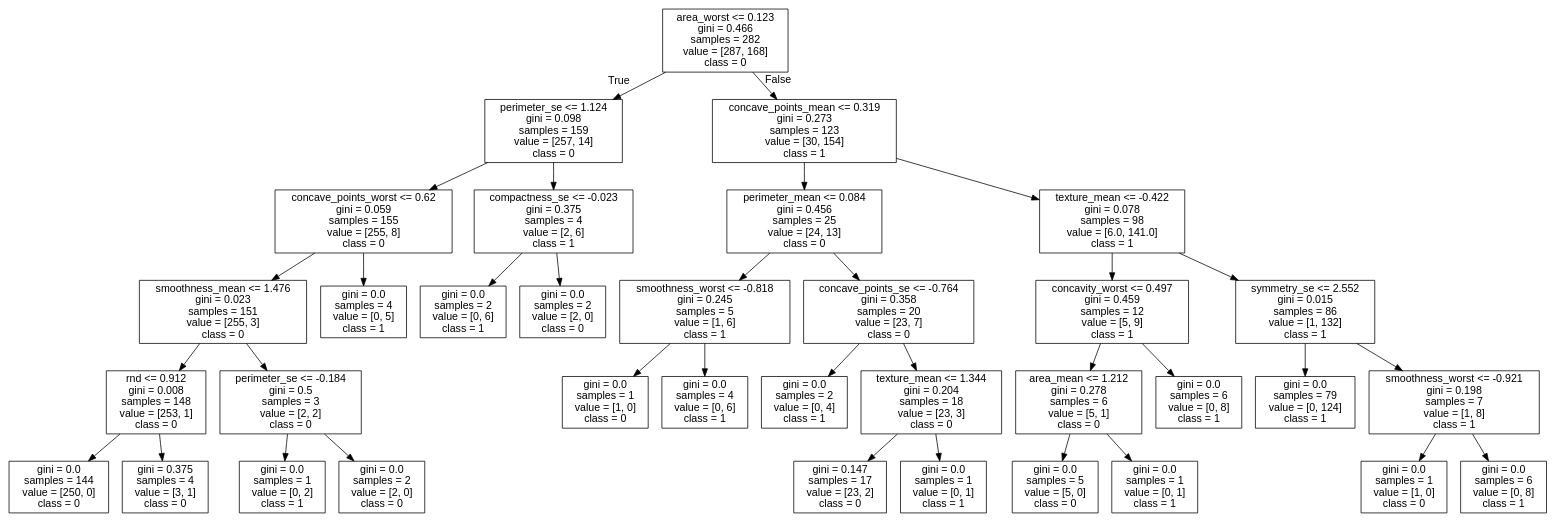
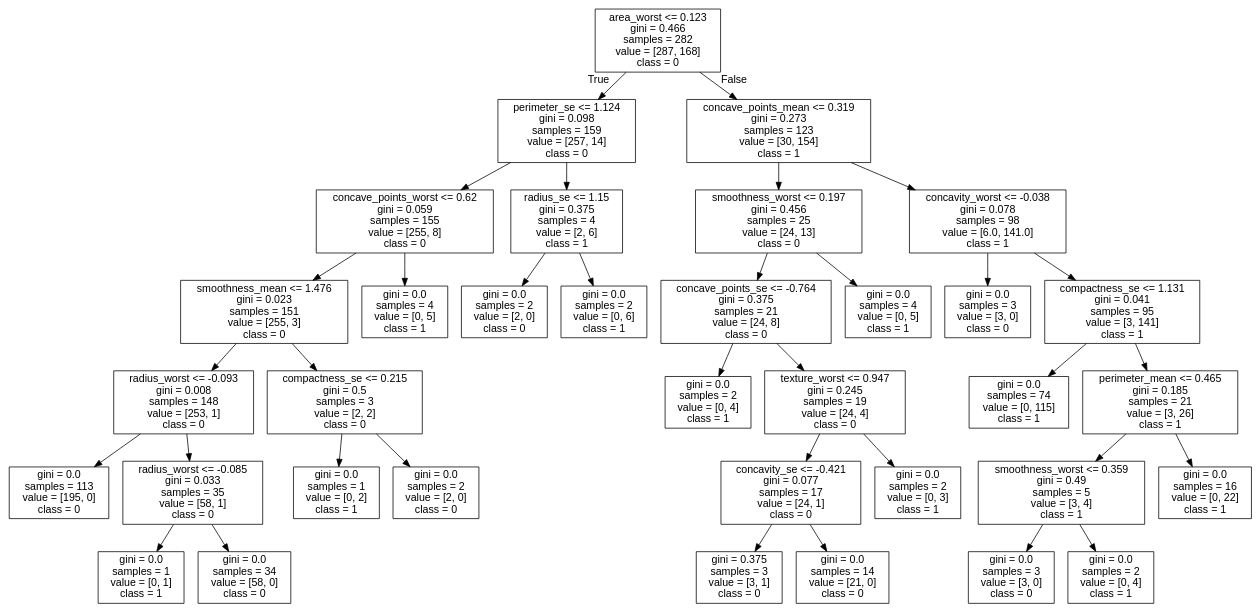
The diagram in data/breast-cancer/tree.dot (cyrilvincent/ML), drawn with Graphviz before and after one commit. The commit also changed 1 other file, not shown here.

```diff
--- a/data/breast-cancer/tree.dot
+++ b/data/breast-cancer/tree.dot
@@ -1,73 +1,73 @@
 digraph Tree {
 node [shape=box, fontname="helvetica"] ;
 edge [fontname="helvetica"] ;
 0 [label="area_worst <= 0.123\ngini = 0.466\nsamples = 282\nvalue = [287, 168]\nclass = 0"] ;
 1 [label="perimeter_se <= 1.124\ngini = 0.098\nsamples = 159\nvalue = [257, 14]\nclass = 0"] ;
 0 -> 1 [labeldistance=2.5, labelangle=45, headlabel="True"] ;
 2 [label="concave_points_worst <= 0.62\ngini = 0.059\nsamples = 155\nvalue = [255, 8]\nclass = 0"] ;
 1 -> 2 ;
 3 [label="smoothness_mean <= 1.476\ngini = 0.023\nsamples = 151\nvalue = [255, 3]\nclass = 0"] ;
 2 -> 3 ;
-4 [label="rnd <= 0.912\ngini = 0.008\nsamples = 148\nvalue = [253, 1]\nclass = 0"] ;
+4 [label="radius_worst <= -0.093\ngini = 0.008\nsamples = 148\nvalue = [253, 1]\nclass = 0"] ;
 3 -> 4 ;
-5 [label="gini = 0.0\nsamples = 144\nvalue = [250, 0]\nclass = 0"] ;
+5 [label="gini = 0.0\nsamples = 113\nvalue = [195, 0]\nclass = 0"] ;
 4 -> 5 ;
-6 [label="gini = 0.375\nsamples = 4\nvalue = [3, 1]\nclass = 0"] ;
+6 [label="radius_worst <= -0.085\ngini = 0.033\nsamples = 35\nvalue = [58, 1]\nclass = 0"] ;
 4 -> 6 ;
-7 [label="perimeter_se <= -0.184\ngini = 0.5\nsamples = 3\nvalue = [2, 2]\nclass = 0"] ;
-3 -> 7 ;
-8 [label="gini = 0.0\nsamples = 1\nvalue = [0, 2]\nclass = 1"] ;
-7 -> 8 ;
-9 [label="gini = 0.0\nsamples = 2\nvalue = [2, 0]\nclass = 0"] ;
-7 -> 9 ;
-10 [label="gini = 0.0\nsamples = 4\nvalue = [0, 5]\nclass = 1"] ;
-2 -> 10 ;
-11 [label="compactness_se <= -0.023\ngini = 0.375\nsamples = 4\nvalue = [2, 6]\nclass = 1"] ;
-1 -> 11 ;
-12 [label="gini = 0.0\nsamples = 2\nvalue = [0, 6]\nclass = 1"] ;
-11 -> 12 ;
-13 [label="gini = 0.0\nsamples = 2\nvalue = [2, 0]\nclass = 0"] ;
-11 -> 13 ;
-14 [label="concave_points_mean <= 0.319\ngini = 0.273\nsamples = 123\nvalue = [30, 154]\nclass = 1"] ;
-0 -> 14 [labeldistance=2.5, labelangle=-45, headlabel="False"] ;
-15 [label="perimeter_mean <= 0.084\ngini = 0.456\nsamples = 25\nvalue = [24, 13]\nclass = 0"] ;
-14 -> 15 ;
-16 [label="smoothness_worst <= -0.818\ngini = 0.245\nsamples = 5\nvalue = [1, 6]\nclass = 1"] ;
-15 -> 16 ;
-17 [label="gini = 0.0\nsamples = 1\nvalue = [1, 0]\nclass = 0"] ;
+7 [label="gini = 0.0\nsamples = 1\nvalue = [0, 1]\nclass = 1"] ;
+6 -> 7 ;
+8 [label="gini = 0.0\nsamples = 34\nvalue = [58, 0]\nclass = 0"] ;
+6 -> 8 ;
+9 [label="compactness_se <= 0.215\ngini = 0.5\nsamples = 3\nvalue = [2, 2]\nclass = 0"] ;
+3 -> 9 ;
+10 [label="gini = 0.0\nsamples = 1\nvalue = [0, 2]\nclass = 1"] ;
+9 -> 10 ;
+11 [label="gini = 0.0\nsamples = 2\nvalue = [2, 0]\nclass = 0"] ;
+9 -> 11 ;
+12 [label="gini = 0.0\nsamples = 4\nvalue = [0, 5]\nclass = 1"] ;
+2 -> 12 ;
+13 [label="radius_se <= 1.15\ngini = 0.375\nsamples = 4\nvalue = [2, 6]\nclass = 1"] ;
+1 -> 13 ;
+14 [label="gini = 0.0\nsamples = 2\nvalue = [2, 0]\nclass = 0"] ;
+13 -> 14 ;
+15 [label="gini = 0.0\nsamples = 2\nvalue = [0, 6]\nclass = 1"] ;
+13 -> 15 ;
+16 [label="concave_points_mean <= 0.319\ngini = 0.273\nsamples = 123\nvalue = [30, 154]\nclass = 1"] ;
+0 -> 16 [labeldistance=2.5, labelangle=-45, headlabel="False"] ;
+17 [label="smoothness_worst <= 0.197\ngini = 0.456\nsamples = 25\nvalue = [24, 13]\nclass = 0"] ;
 16 -> 17 ;
-18 [label="gini = 0.0\nsamples = 4\nvalue = [0, 6]\nclass = 1"] ;
-16 -> 18 ;
-19 [label="concave_points_se <= -0.764\ngini = 0.358\nsamples = 20\nvalue = [23, 7]\nclass = 0"] ;
-15 -> 19 ;
-20 [label="gini = 0.0\nsamples = 2\nvalue = [0, 4]\nclass = 1"] ;
-19 -> 20 ;
-21 [label="texture_mean <= 1.344\ngini = 0.204\nsamples = 18\nvalue = [23, 3]\nclass = 0"] ;
-19 -> 21 ;
-22 [label="gini = 0.147\nsamples = 17\nvalue = [23, 2]\nclass = 0"] ;
+18 [label="concave_points_se <= -0.764\ngini = 0.375\nsamples = 21\nvalue = [24, 8]\nclass = 0"] ;
+17 -> 18 ;
+19 [label="gini = 0.0\nsamples = 2\nvalue = [0, 4]\nclass = 1"] ;
+18 -> 19 ;
+20 [label="texture_worst <= 0.947\ngini = 0.245\nsamples = 19\nvalue = [24, 4]\nclass = 0"] ;
+18 -> 20 ;
+21 [label="concavity_se <= -0.421\ngini = 0.077\nsamples = 17\nvalue = [24, 1]\nclass = 0"] ;
+20 -> 21 ;
+22 [label="gini = 0.375\nsamples = 3\nvalue = [3, 1]\nclass = 0"] ;
 21 -> 22 ;
-23 [label="gini = 0.0\nsamples = 1\nvalue = [0, 1]\nclass = 1"] ;
+23 [label="gini = 0.0\nsamples = 14\nvalue = [21, 0]\nclass = 0"] ;
 21 -> 23 ;
-24 [label="texture_mean <= -0.422\ngini = 0.078\nsamples = 98\nvalue = [6.0, 141.0]\nclass = 1"] ;
-14 -> 24 ;
-25 [label="concavity_worst <= 0.497\ngini = 0.459\nsamples = 12\nvalue = [5, 9]\nclass = 1"] ;
-24 -> 25 ;
-26 [label="area_mean <= 1.212\ngini = 0.278\nsamples = 6\nvalue = [5, 1]\nclass = 0"] ;
-25 -> 26 ;
-27 [label="gini = 0.0\nsamples = 5\nvalue = [5, 0]\nclass = 0"] ;
+24 [label="gini = 0.0\nsamples = 2\nvalue = [0, 3]\nclass = 1"] ;
+20 -> 24 ;
+25 [label="gini = 0.0\nsamples = 4\nvalue = [0, 5]\nclass = 1"] ;
+17 -> 25 ;
+26 [label="concavity_worst <= -0.038\ngini = 0.078\nsamples = 98\nvalue = [6.0, 141.0]\nclass = 1"] ;
+16 -> 26 ;
+27 [label="gini = 0.0\nsamples = 3\nvalue = [3, 0]\nclass = 0"] ;
 26 -> 27 ;
-28 [label="gini = 0.0\nsamples = 1\nvalue = [0, 1]\nclass = 1"] ;
+28 [label="compactness_se <= 1.131\ngini = 0.041\nsamples = 95\nvalue = [3, 141]\nclass = 1"] ;
 26 -> 28 ;
-29 [label="gini = 0.0\nsamples = 6\nvalue = [0, 8]\nclass = 1"] ;
-25 -> 29 ;
-30 [label="symmetry_se <= 2.552\ngini = 0.015\nsamples = 86\nvalue = [1, 132]\nclass = 1"] ;
-24 -> 30 ;
-31 [label="gini = 0.0\nsamples = 79\nvalue = [0, 124]\nclass = 1"] ;
+29 [label="gini = 0.0\nsamples = 74\nvalue = [0, 115]\nclass = 1"] ;
+28 -> 29 ;
+30 [label="perimeter_mean <= 0.465\ngini = 0.185\nsamples = 21\nvalue = [3, 26]\nclass = 1"] ;
+28 -> 30 ;
+31 [label="smoothness_worst <= 0.359\ngini = 0.49\nsamples = 5\nvalue = [3, 4]\nclass = 1"] ;
 30 -> 31 ;
-32 [label="smoothness_worst <= -0.921\ngini = 0.198\nsamples = 7\nvalue = [1, 8]\nclass = 1"] ;
-30 -> 32 ;
-33 [label="gini = 0.0\nsamples = 1\nvalue = [1, 0]\nclass = 0"] ;
-32 -> 33 ;
-34 [label="gini = 0.0\nsamples = 6\nvalue = [0, 8]\nclass = 1"] ;
-32 -> 34 ;
+32 [label="gini = 0.0\nsamples = 3\nvalue = [3, 0]\nclass = 0"] ;
+31 -> 32 ;
+33 [label="gini = 0.0\nsamples = 2\nvalue = [0, 4]\nclass = 1"] ;
+31 -> 33 ;
+34 [label="gini = 0.0\nsamples = 16\nvalue = [0, 22]\nclass = 1"] ;
+30 -> 34 ;
 }
```
